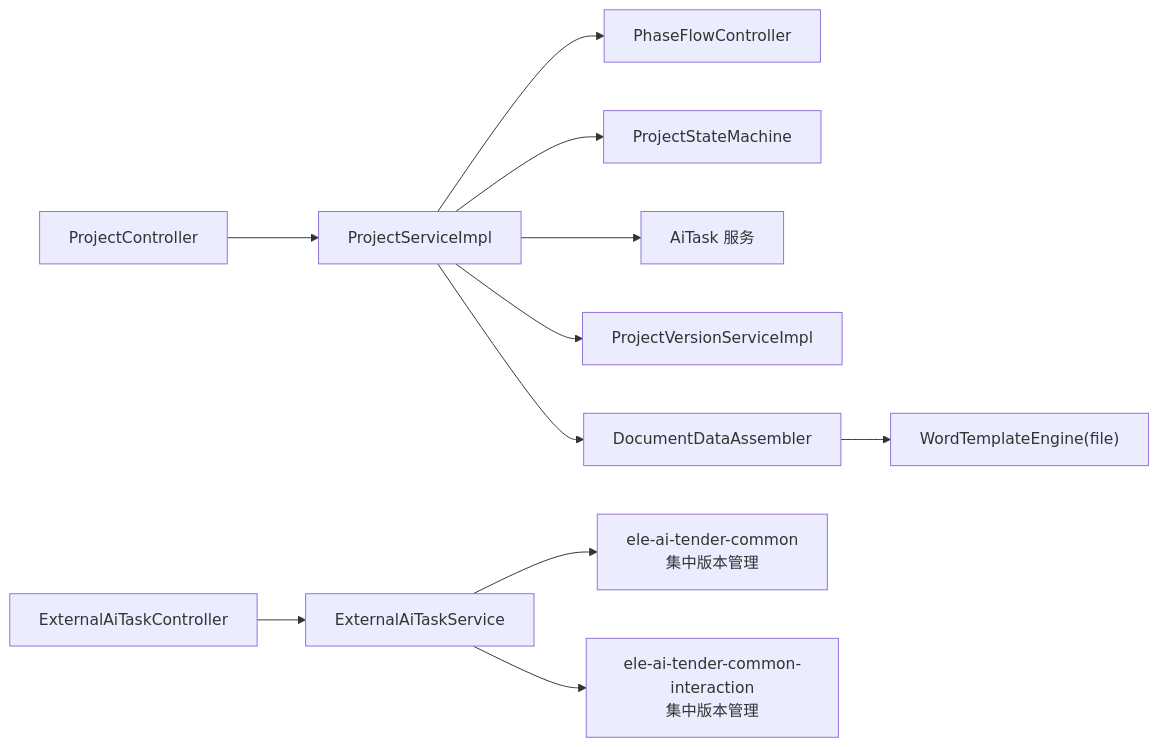
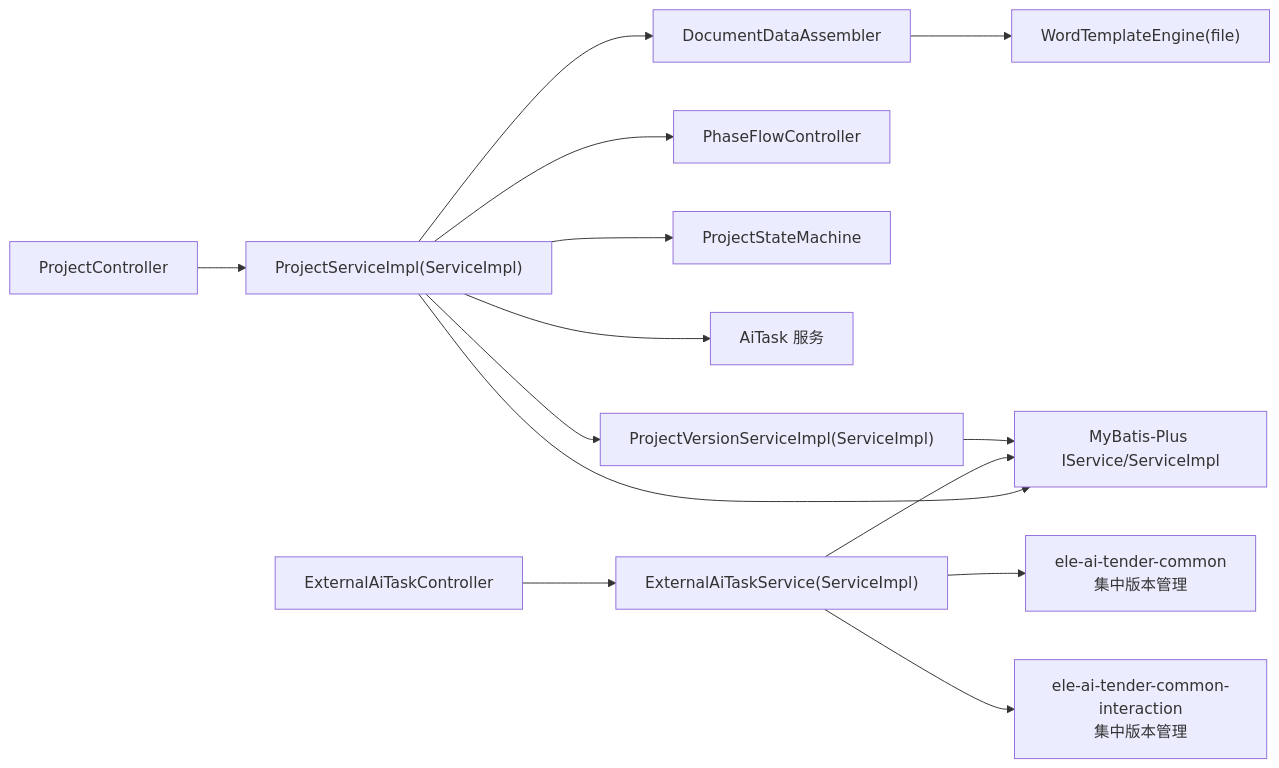
The tenth of 10 diagrams in .qoder/repowiki/zh/content/后端服务/核心业务服务 (ele-ai-tender-core)/核心业务服务 (ele-ai-tender-core).md (DrunkFood/First), drawn with Mermaid before and after one commit. The commit also changed other lines of this file and 103 other files, not shown here.

````diff
--- a/.qoder/repowiki/zh/content/后端服务/核心业务服务 (ele-ai-tender-core)/核心业务服务 (ele-ai-tender-core).md
+++ b/.qoder/repowiki/zh/content/后端服务/核心业务服务 (ele-ai-tender-core)/核心业务服务 (ele-ai-tender-core).md
@@ -343,13 +414,16 @@
 ```mermaid
 graph LR
-PCtrl["ProjectController"] --> PSvc["ProjectServiceImpl"]
-EXT_CTRL["ExternalAiTaskController"] --> EXT_SVC["ExternalAiTaskService"]
+PCtrl["ProjectController"] --> PSvc["ProjectServiceImpl(ServiceImpl)"]
+EXT_CTRL["ExternalAiTaskController"] --> EXT_SVC["ExternalAiTaskService(ServiceImpl)"]
 PSvc --> PFlow["PhaseFlowController"]
 PSvc --> PState["ProjectStateMachine"]
 PSvc --> AI["AiTask 服务"]
-PSvc --> Ver["ProjectVersionServiceImpl"]
+PSvc --> Ver["ProjectVersionServiceImpl(ServiceImpl)"]
 PSvc --> Asm["DocumentDataAssembler"]
 EXT_SVC --> COMMON["ele-ai-tender-common<br/>集中版本管理"]
 EXT_SVC --> INTERACTION["ele-ai-tender-common-interaction<br/>集中版本管理"]
 Asm --> WTE["WordTemplateEngine(file)"]
+PSvc --> MP["MyBatis-Plus IService/ServiceImpl"]
+EXT_SVC --> MP
+Ver --> MP
 ```
````
